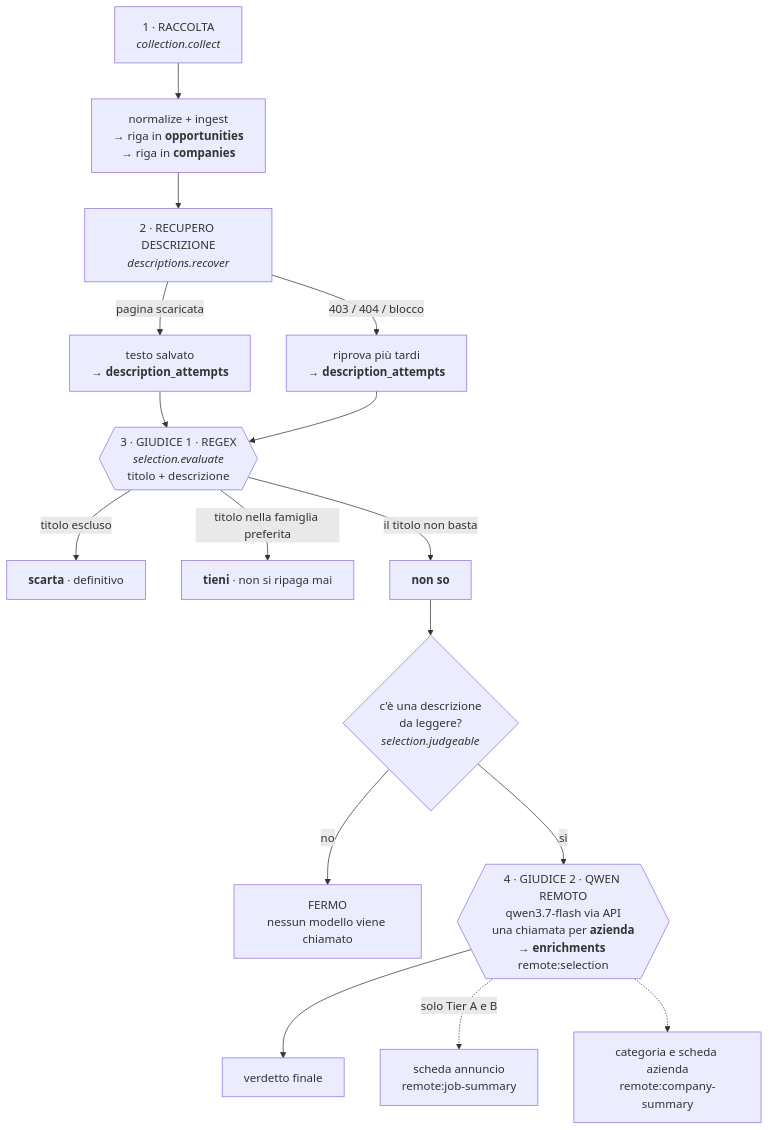
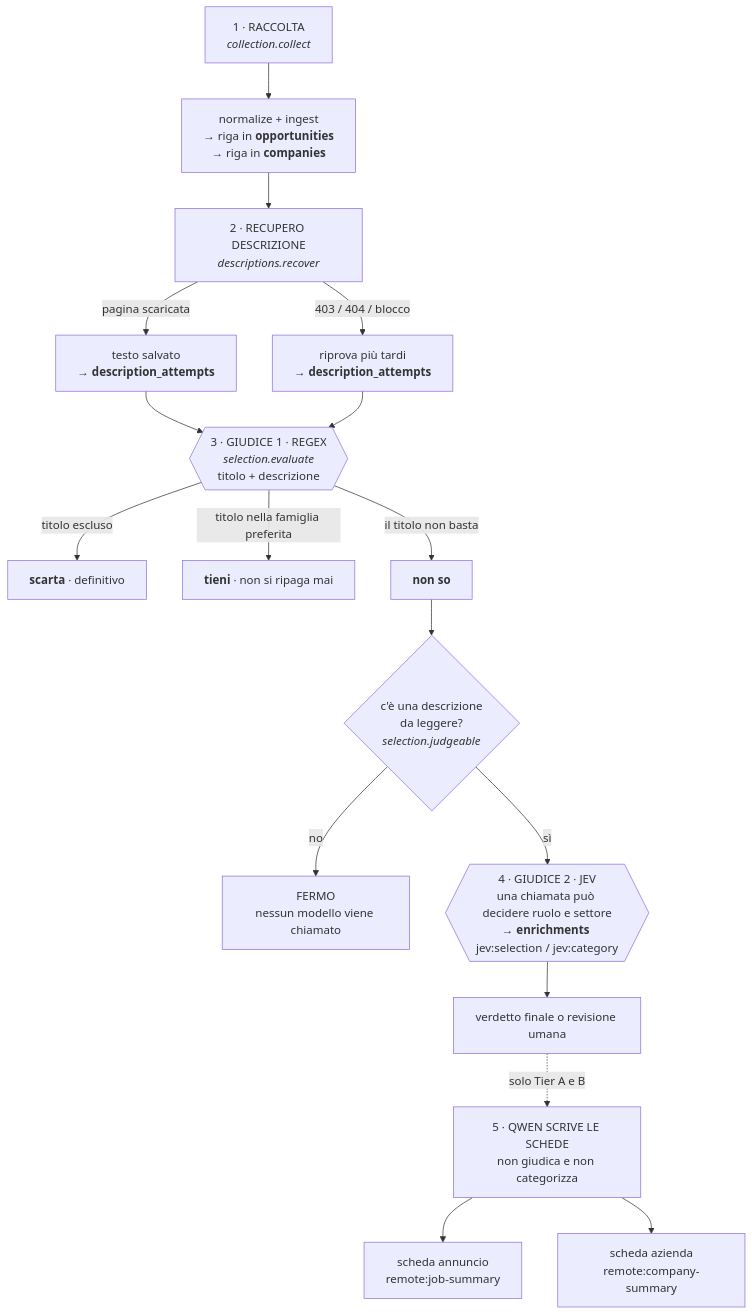
Before and after one commit to ettoremodina/JobHunter: the second of 4 diagrams in docs/pipeline-completa.md, drawn with Mermaid. The commit also changed other lines of this file and 35 other files, not shown here.

Commit message:
corretto jev, qwen 3.8-flash

````diff
--- a/docs/pipeline-completa.md
+++ b/docs/pipeline-completa.md
@@ -43,23 +43,24 @@
 ```mermaid
 flowchart TD
     S1["1 · RACCOLTA<br/><i>collection.collect</i>"] --> N["normalize + ingest<br/>→ riga in <b>opportunities</b><br/>→ riga in <b>companies</b>"]
     N --> S2["2 · RECUPERO DESCRIZIONE<br/><i>descriptions.recover</i>"]
     S2 -->|"pagina scaricata"| D1["testo salvato<br/>→ <b>description_attempts</b>"]
     S2 -->|"403 / 404 / blocco"| D2["riprova più tardi<br/>→ <b>description_attempts</b>"]
     D1 --> G1
     D2 --> G1
 
     G1{{"3 · GIUDICE 1 · REGEX<br/><i>selection.evaluate</i><br/>titolo + descrizione"}}
     G1 -->|"titolo escluso"| X1["<b>scarta</b> · definitivo"]
     G1 -->|"titolo nella famiglia preferita"| K1["<b>tieni</b> · non si ripaga mai"]
     G1 -->|"il titolo non basta"| U1["<b>non so</b>"]
 
     U1 --> J{"c'è una descrizione<br/>da leggere?<br/><i>selection.judgeable</i>"}
     J -->|"no"| W["FERMO<br/>nessun modello viene chiamato"]
-    J -->|"sì"| G3
+    J -->|"sì"| G2
 
-    G3{{"4 · GIUDICE 2 · QWEN REMOTO<br/>qwen3.7-flash via API<br/>una chiamata per <b>azienda</b><br/>→ <b>enrichments</b> remote:selection"}}
-    G3 --> K3["verdetto finale"]
-    G3 -.->|"solo Tier A e B"| C1["scheda annuncio<br/>remote:job-summary"]
-    G3 -.-> C2["categoria e scheda azienda<br/>remote:company-summary"]
+    G2{{"4 · GIUDICE 2 · JEV<br/>una chiamata può decidere ruolo e settore<br/>→ <b>enrichments</b> jev:selection / jev:category"}}
+    G2 --> K3["verdetto finale o revisione umana"]
+    K3 -.->|"solo Tier A e B"| G3["5 · QWEN SCRIVE LE SCHEDE<br/>non giudica e non categorizza"]
+    G3 --> C1["scheda annuncio<br/>remote:job-summary"]
+    G3 --> C2["scheda azienda<br/>remote:company-summary"]
 ```
````
